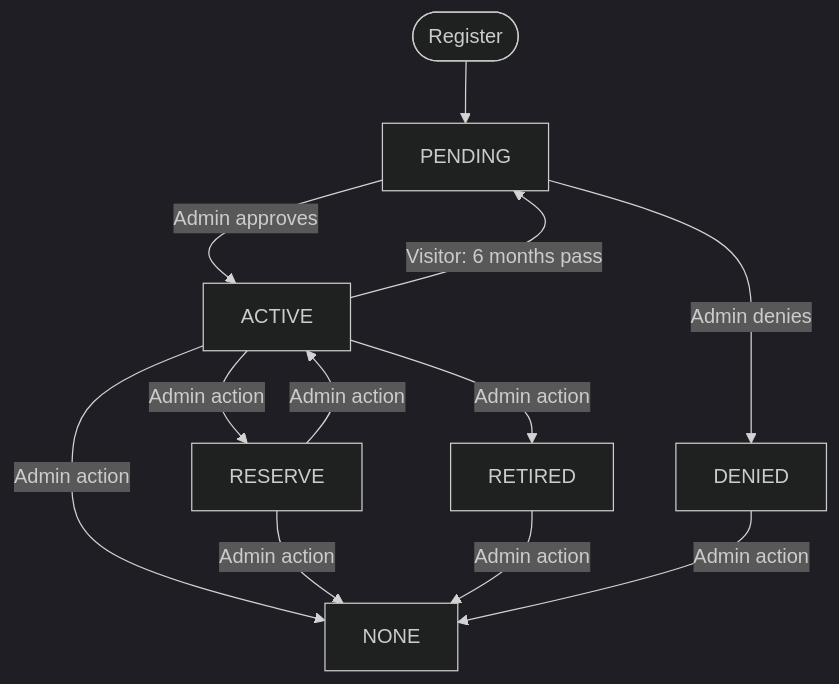
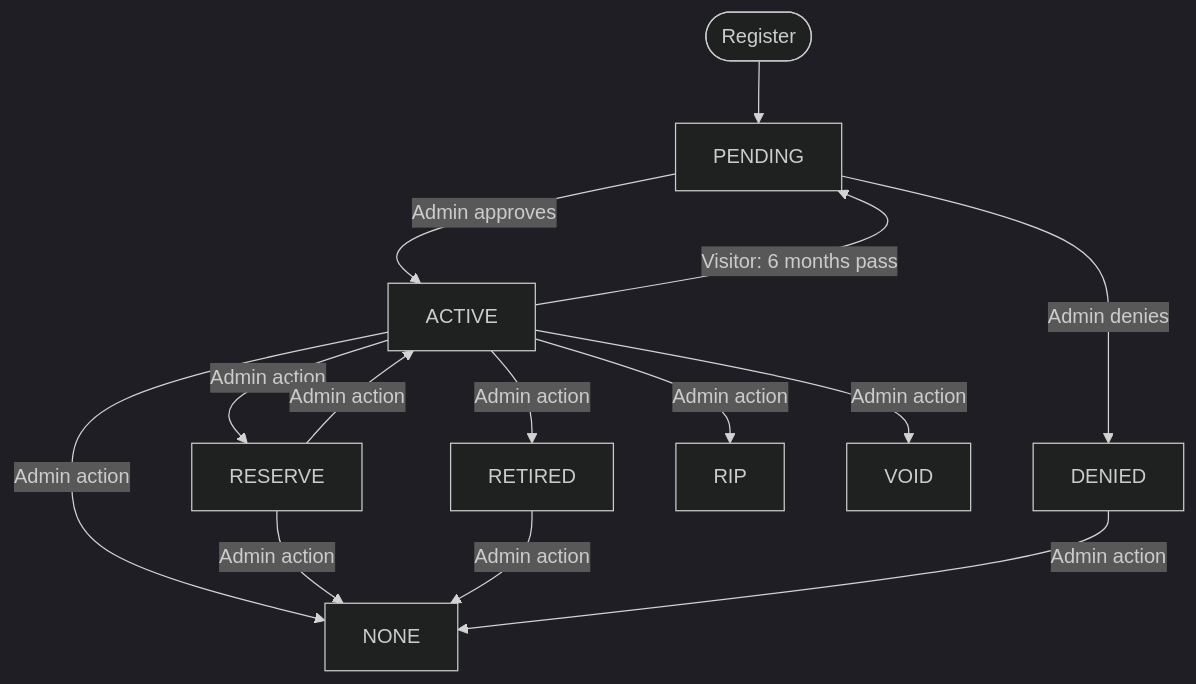
One commit to obsidianslicers/trooper-tracker changed the first of 2 diagrams in docs/MEMBERSHIP_ROLES.md. Above: the diagram before and after it, drawn with Mermaid (dark theme). The commit also changed other lines of this file and 12 other files, not shown here.

````diff
--- a/docs/MEMBERSHIP_ROLES.md
+++ b/docs/MEMBERSHIP_ROLES.md
@@ -28,14 +32,16 @@
 ```mermaid
 flowchart TD
     A([Register]) --> B[PENDING]
     B -->|Admin approves| C[ACTIVE]
     B -->|Admin denies| D[DENIED]
     C -->|Admin action| E[RESERVE]
     C -->|Admin action| F[RETIRED]
     C -->|Admin action| G[NONE]
+    C -->|Admin action| H[RIP]
+    C -->|Admin action| I[VOID]
     E -->|Admin action| C
     E -->|Admin action| G
     F -->|Admin action| G
     D -->|Admin action| G
     C -->|Visitor: 6 months pass| B
 ```
````
